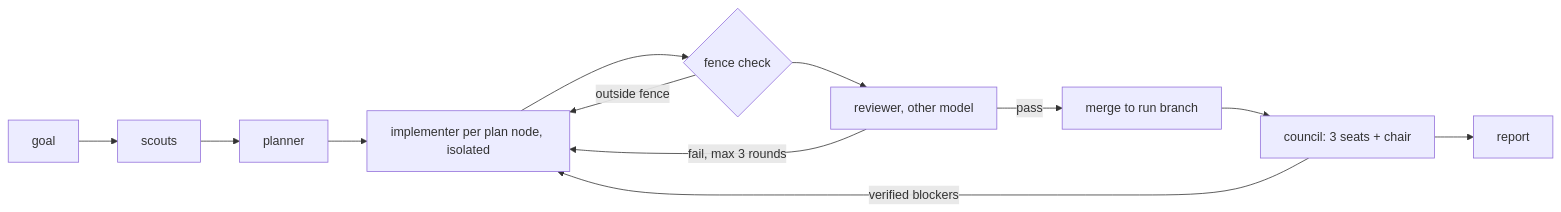
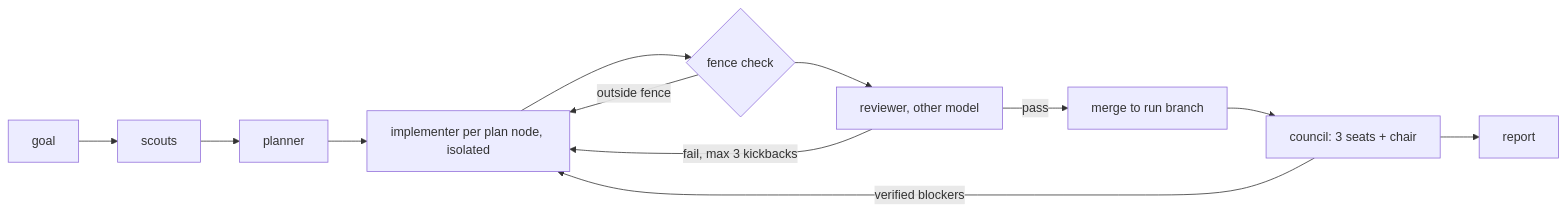
Before and after one commit to exit-node/node-loop: the diagram in README.md, drawn with Mermaid. The commit also changed 2 other files, not shown here.

Commit message:
feat(orchestrator): allow three kickbacks per plan node
A plan node now gets up to four implementation rounds (three kickbacks) before the orchestrator rules on leftover findings; round 5 never starts. Rulings, ruled and blocked ledger lines refer to round 4. A node that keeps failing costs one more implementer and review round; passing nodes are unchanged.

````diff
--- a/README.md
+++ b/README.md
@@ -45,11 +45,11 @@
 ```mermaid
 flowchart LR
   G[goal] --> S[scouts] --> P[planner]
   P --> I[implementer per plan node, isolated] --> F{fence check}
   F -- outside fence --> I
   F --> R[reviewer, other model]
-  R -- fail, max 3 rounds --> I
+  R -- fail, max 3 kickbacks --> I
   R -- pass --> M[merge to run branch]
   M --> C[council: 3 seats + chair] --> D[report]
   C -- verified blockers --> I
 ```
````
